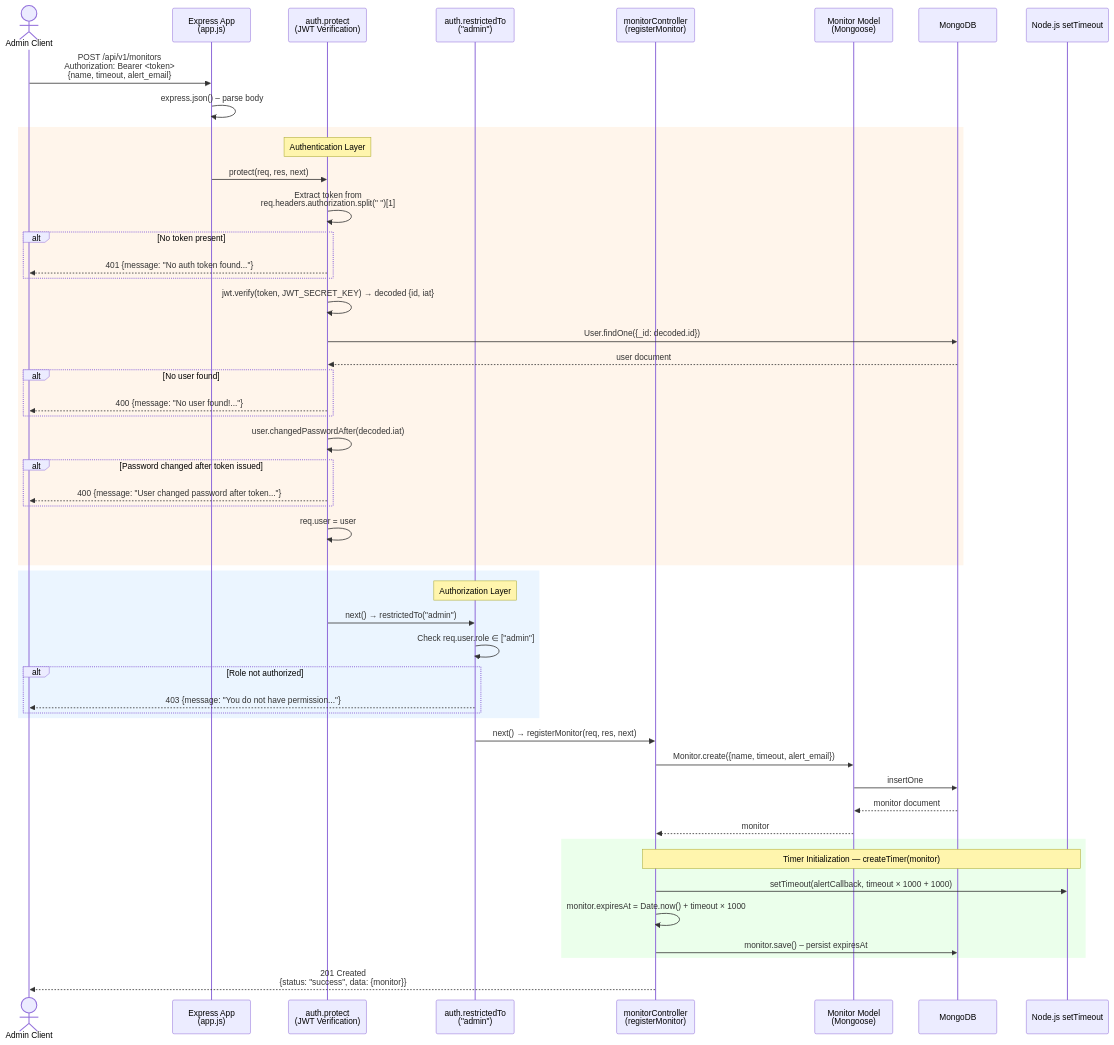
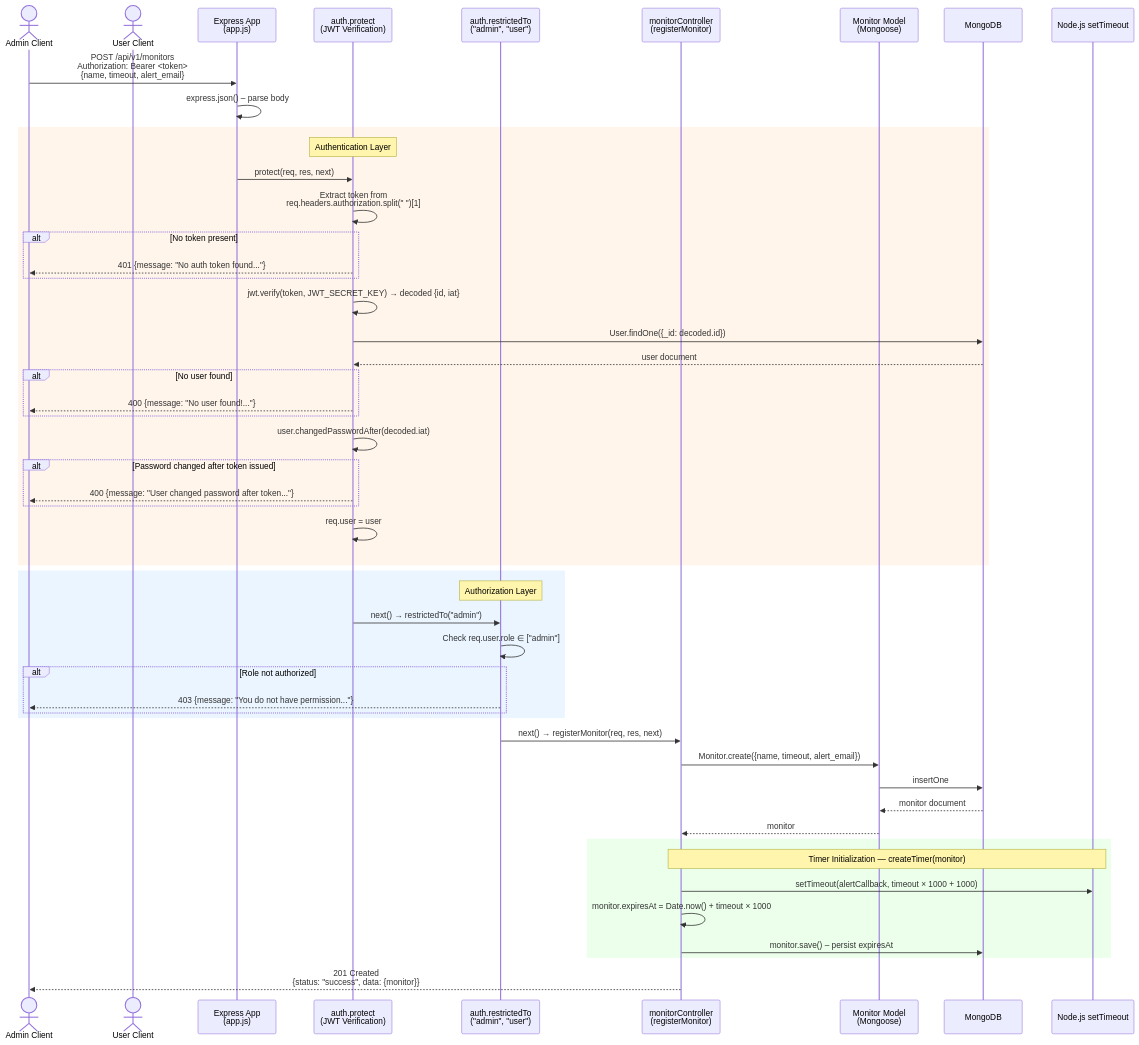
The second of 6 diagrams in README.md (dk-willing/pulse-check-backend), drawn with Mermaid before and after one commit. The commit also changed other lines of this file and 2 other files, not shown here.

````diff
--- a/README.md
+++ b/README.md
@@ -92,58 +92,59 @@
 ```mermaid
 sequenceDiagram
     actor Admin as Admin Client
+    actor User as User Client
     participant Express as Express App<br/>(app.js)
     participant Protect as auth.protect<br/>(JWT Verification)
-    participant RBAC as auth.restrictedTo<br/>("admin")
+    participant RBAC as auth.restrictedTo<br/>("admin", "user")
     participant MC as monitorController<br/>(registerMonitor)
     participant MonitorModel as Monitor Model<br/>(Mongoose)
     participant MongoDB
     participant Timer as Node.js setTimeout
 
     Admin->>Express: POST /api/v1/monitors<br/>Authorization: Bearer #lt;token#gt;<br/>{name, timeout, alert_email}
     Express->>Express: express.json() – parse body
 
     rect rgb(255, 245, 235)
         Note over Protect: Authentication Layer
         Express->>Protect: protect(req, res, next)
         Protect->>Protect: Extract token from<br/>req.headers.authorization.split(" ")[1]
         alt No token present
             Protect-->>Admin: 401 {message: "No auth token found..."}
         end
         Protect->>Protect: jwt.verify(token, JWT_SECRET_KEY) → decoded {id, iat}
         Protect->>MongoDB: User.findOne({_id: decoded.id})
         MongoDB-->>Protect: user document
         alt No user found
             Protect-->>Admin: 400 {message: "No user found!..."}
         end
         Protect->>Protect: user.changedPasswordAfter(decoded.iat)
         alt Password changed after token issued
             Protect-->>Admin: 400 {message: "User changed password after token..."}
         end
         Protect->>Protect: req.user = user
     end
 
     rect rgb(235, 245, 255)
         Note over RBAC: Authorization Layer
         Protect->>RBAC: next() → restrictedTo("admin")
         RBAC->>RBAC: Check req.user.role ∈ ["admin"]
         alt Role not authorized
             RBAC-->>Admin: 403 {message: "You do not have permission..."}
         end
     end
 
     RBAC->>MC: next() → registerMonitor(req, res, next)
     MC->>MonitorModel: Monitor.create({name, timeout, alert_email})
     MonitorModel->>MongoDB: insertOne
     MongoDB-->>MonitorModel: monitor document
     MonitorModel-->>MC: monitor
 
     rect rgb(235, 255, 235)
         Note over MC,Timer: Timer Initialization — createTimer(monitor)
         MC->>Timer: setTimeout(alertCallback, timeout × 1000 + 1000)
         MC->>MC: monitor.expiresAt = Date.now() + timeout × 1000
         MC->>MongoDB: monitor.save() – persist expiresAt
     end
 
     MC-->>Admin: 201 Created<br/>{status: "success", data: {monitor}}
 ```
````
